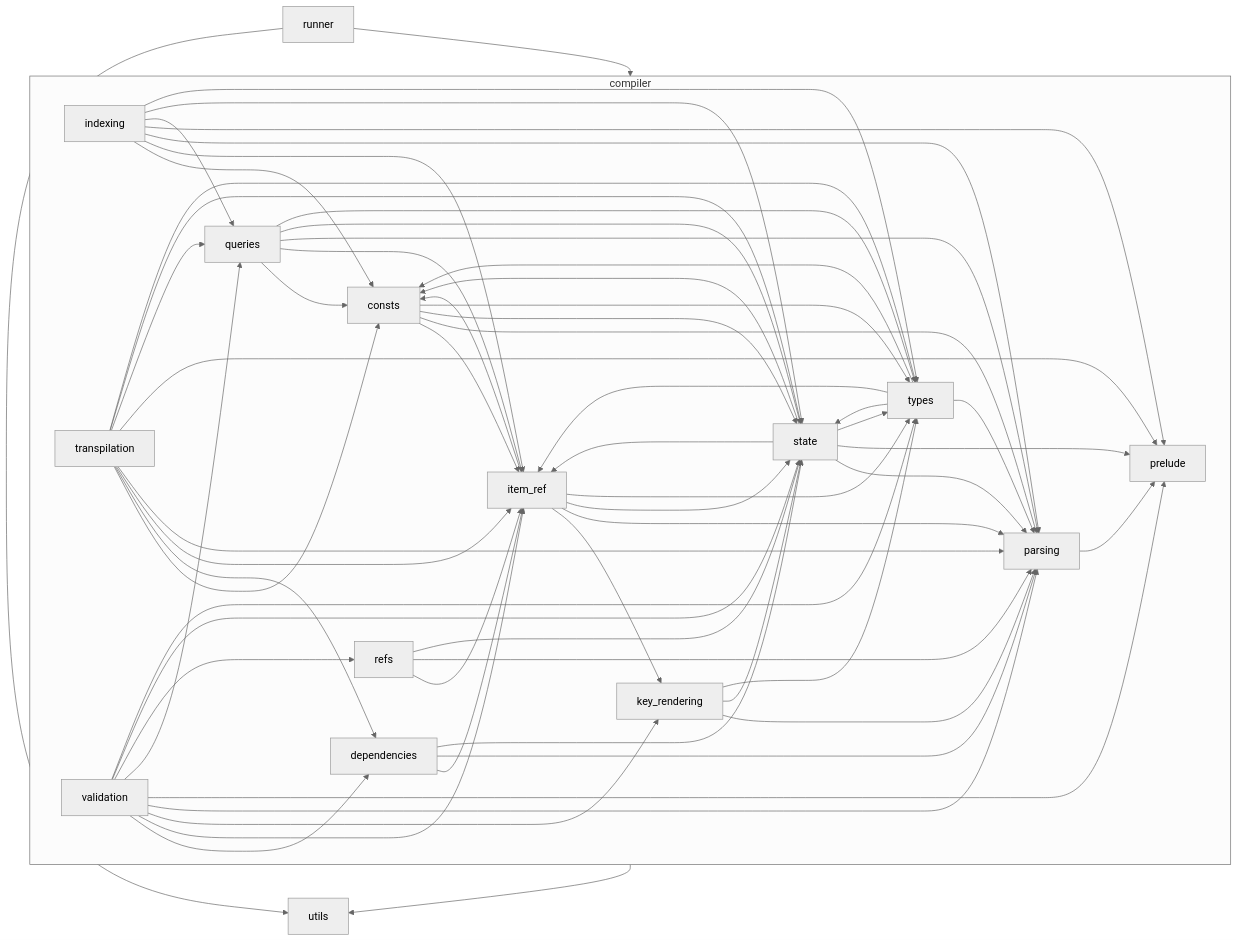
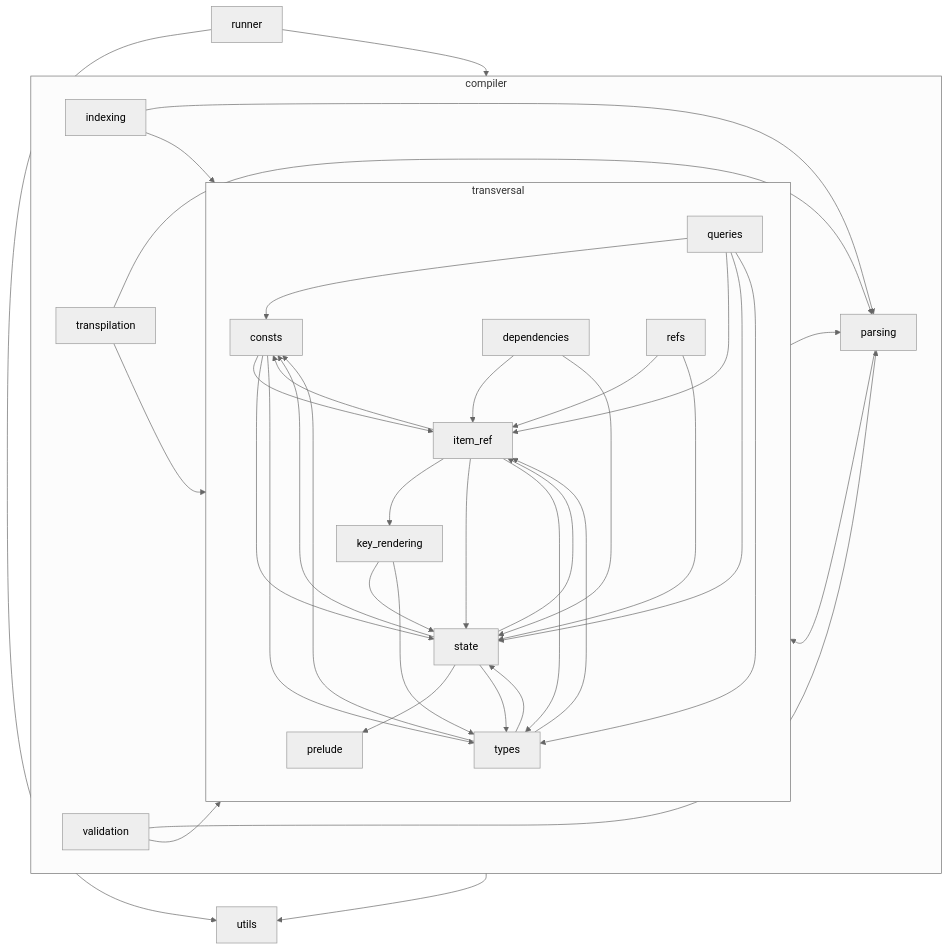
The diagram in doc/architecture.md (Nicolas-Ferre/gpex), drawn with Mermaid (neutral theme) before and after one commit. The commit also changed other lines of this file and 36 other files, not shown here.

````diff
--- a/doc/architecture.md
+++ b/doc/architecture.md
@@ -57,65 +59,42 @@
 ```mermaid
 graph TD
     compiler --> utils
     runner --> compiler
     runner --> utils
     subgraph compiler
-        consts --> item_ref
-        consts --> parsing
-        consts --> state
-        consts --> types
-        dependencies --> item_ref
-        dependencies --> parsing
-        dependencies --> state
-        indexing --> consts
-        indexing --> item_ref
         indexing --> parsing
-        indexing --> prelude
-        indexing --> queries
-        indexing --> state
-        indexing --> types
-        item_ref --> consts
-        item_ref --> key_rendering
-        item_ref --> parsing
-        item_ref --> state
-        item_ref --> types
-        key_rendering --> parsing
-        key_rendering --> state
-        key_rendering --> types
-        parsing --> prelude
-        queries --> consts
-        queries --> item_ref
-        queries --> parsing
-        queries --> state
-        queries --> types
-        refs --> item_ref
-        refs --> parsing
-        refs --> state
-        state --> consts
-        state --> item_ref
-        state --> parsing
-        state --> prelude
-        state --> types
-        transpilation --> consts
-        transpilation --> dependencies
-        transpilation --> item_ref
+        indexing --> transversal
+        parsing --> transversal
         transpilation --> parsing
-        transpilation --> prelude
-        transpilation --> queries
-        transpilation --> state
-        transpilation --> types
-        types --> consts
-        types --> item_ref
-        types --> parsing
-        types --> state
-        validation --> dependencies
-        validation --> item_ref
-        validation --> key_rendering
+        transpilation --> transversal
+        transversal --> parsing
         validation --> parsing
-        validation --> prelude
-        validation --> queries
-        validation --> refs
-        validation --> state
-        validation --> types
+        validation --> transversal
+        subgraph transversal
+            consts --> item_ref
+            consts --> state
+            consts --> types
+            dependencies --> item_ref
+            dependencies --> state
+            item_ref --> consts
+            item_ref --> key_rendering
+            item_ref --> state
+            item_ref --> types
+            key_rendering --> state
+            key_rendering --> types
+            queries --> consts
+            queries --> item_ref
+            queries --> state
+            queries --> types
+            refs --> item_ref
+            refs --> state
+            state --> consts
+            state --> item_ref
+            state --> prelude
+            state --> types
+            types --> consts
+            types --> item_ref
+            types --> state
+        end
     end
 ```
````
